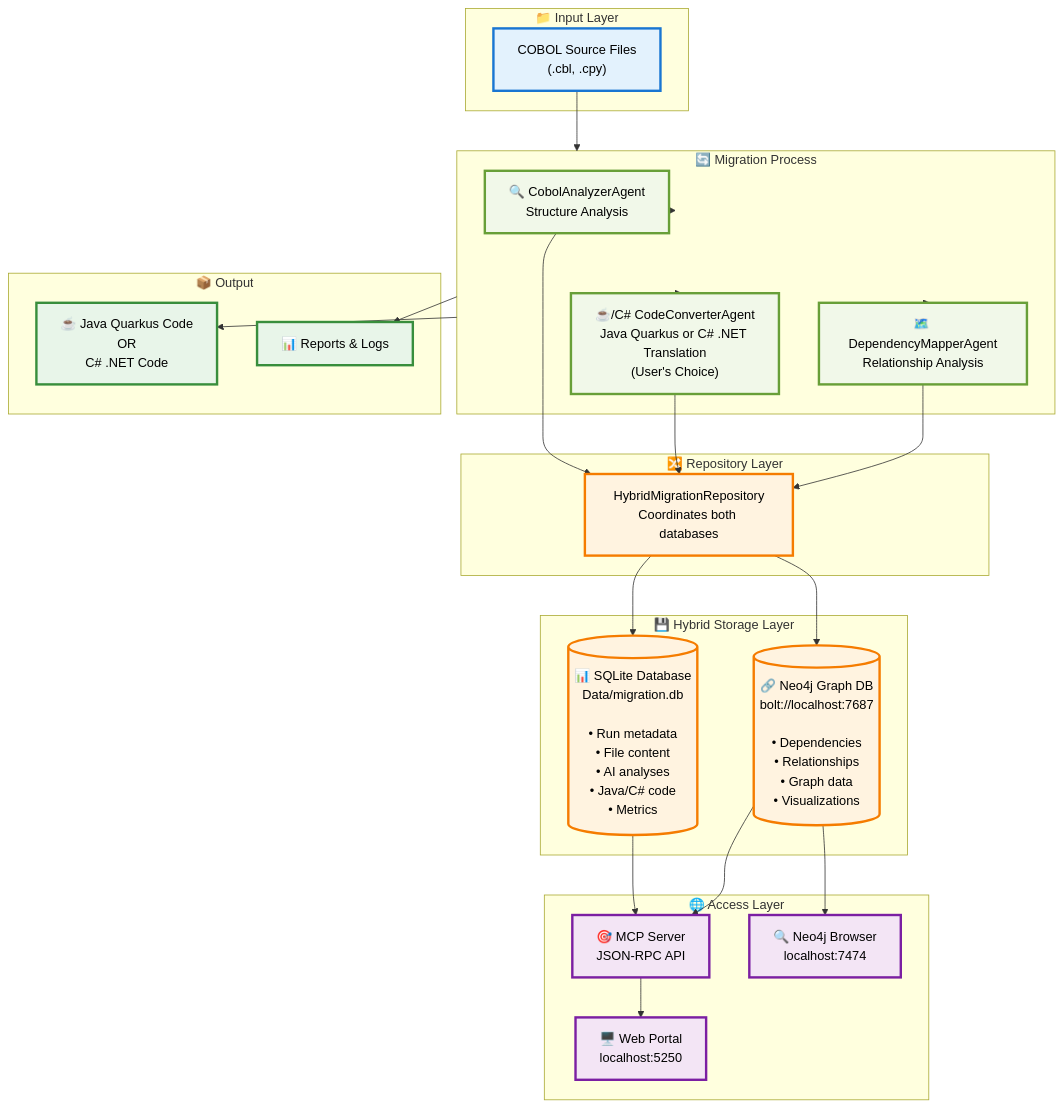
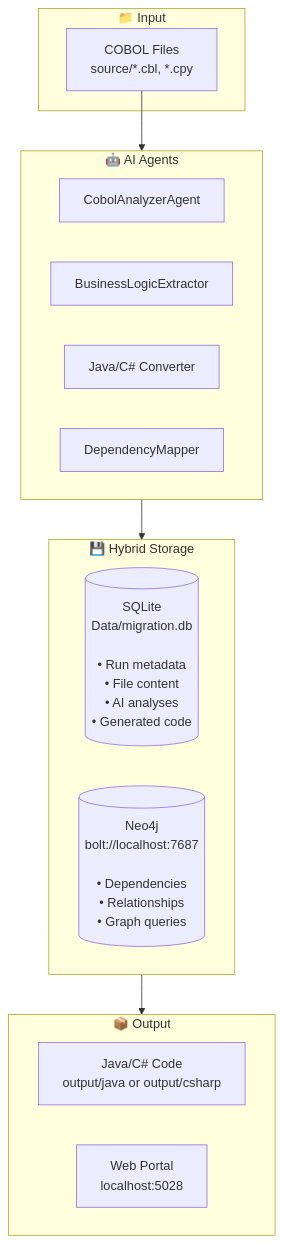
The first of 3 diagrams in README.md (Azure-Samples/Legacy-Modernization-Agents), drawn with Mermaid before and after one commit. The commit also changed other lines of this file and 91 other files, not shown here.

First line of the commit message:
feat: Smart Chunking with .NET/Java support

````diff
--- a/README.md
+++ b/README.md
@@ -687,65 +439,27 @@
 ```mermaid
 flowchart TB
-    subgraph INPUT["📁 Input Layer"]
-        COBOL["COBOL Source Files<br/>(.cbl, .cpy)"]
+    subgraph INPUT["📁 Input"]
+        COBOL["COBOL Files<br/>source/*.cbl, *.cpy"]
     end
     
-    subgraph PROCESS["🔄 Migration Process"]
-        ANALYZER["🔍 CobolAnalyzerAgent<br/>Structure Analysis"]
-        CONVERTER["☕/C# CodeConverterAgent<br/>Java Quarkus or C# .NET Translation<br/>(User's Choice)"]
-        MAPPER["🗺️ DependencyMapperAgent<br/>Relationship Analysis"]
+    subgraph AGENTS["🤖 AI Agents"]
+        ANALYZER["CobolAnalyzerAgent"]
+        EXTRACTOR["BusinessLogicExtractor"]
+        CONVERTER["Java/C# Converter"]
+        MAPPER["DependencyMapper"]
     end
     
-    subgraph STORAGE["💾 Hybrid Storage Layer"]
-        SQLITE[("📊 SQLite Database<br/>Data/migration.db<br/><br/>• Run metadata<br/>• File content<br/>• AI analyses<br/>• Java/C# code<br/>• Metrics")]
-        NEO4J[("🔗 Neo4j Graph DB<br/>bolt://localhost:7687<br/><br/>• Dependencies<br/>• Relationships<br/>• Graph data<br/>• Visualizations")]
-    end
-    
-    subgraph REPO["🔀 Repository Layer"]
-        HYBRID["HybridMigrationRepository<br/>Coordinates both databases"]
-    end
-    
-    subgraph ACCESS["🌐 Access Layer"]
-        MCP["🎯 MCP Server<br/>JSON-RPC API"]
-        PORTAL["🖥️ Web Portal<br/>localhost:5250"]
-        BROWSER["🔍 Neo4j Browser<br/>localhost:7474"]
+    subgraph STORAGE["💾 Hybrid Storage"]
+        SQLITE[("SQLite<br/>Data/migration.db<br/><br/>• Run metadata<br/>• File content<br/>• AI analyses<br/>• Generated code")]
+        NEO4J[("Neo4j<br/>bolt://localhost:7687<br/><br/>• Dependencies<br/>• Relationships<br/>• Graph queries")]
     end
     
     subgraph OUTPUT["📦 Output"]
-        JAVA["☕ Java Quarkus Code<br/>OR<br/>C# .NET Code"]
-        REPORTS["📊 Reports & Logs"]
+        CODE["Java/C# Code<br/>output/java or output/csharp"]
+        PORTAL["Web Portal<br/>localhost:5028"]
     end
     
-    COBOL --> PROCESS
-    PROCESS --> ANALYZER
-    PROCESS --> CONVERTER
-    PROCESS --> MAPPER
-    
-    ANALYZER --> HYBRID
-    CONVERTER --> HYBRID
-    MAPPER --> HYBRID
-    
-    HYBRID --> SQLITE
-    HYBRID --> NEO4J
-    
-    SQLITE --> MCP
-    NEO4J --> MCP
-    NEO4J --> BROWSER
-    
-    MCP --> PORTAL
-    
-    PROCESS --> JAVA
-    PROCESS --> REPORTS
-    
-    classDef inputStyle fill:#e3f2fd,stroke:#1976d2,stroke-width:3px,color:#000
-    classDef processStyle fill:#f1f8e9,stroke:#689f38,stroke-width:3px,color:#000
-    classDef storageStyle fill:#fff3e0,stroke:#f57c00,stroke-width:3px,color:#000
-    classDef accessStyle fill:#f3e5f5,stroke:#7b1fa2,stroke-width:3px,color:#000
-    classDef outputStyle fill:#e8f5e9,stroke:#388e3c,stroke-width:3px,color:#000
-    
-    class COBOL inputStyle
-    class ANALYZER,CONVERTER,MAPPER processStyle
-    class SQLITE,NEO4J,HYBRID storageStyle
-    class MCP,PORTAL,BROWSER accessStyle
-    class JAVA,REPORTS outputStyle
+    COBOL --> AGENTS
+    AGENTS --> STORAGE
+    STORAGE --> OUTPUT
 ```
````
